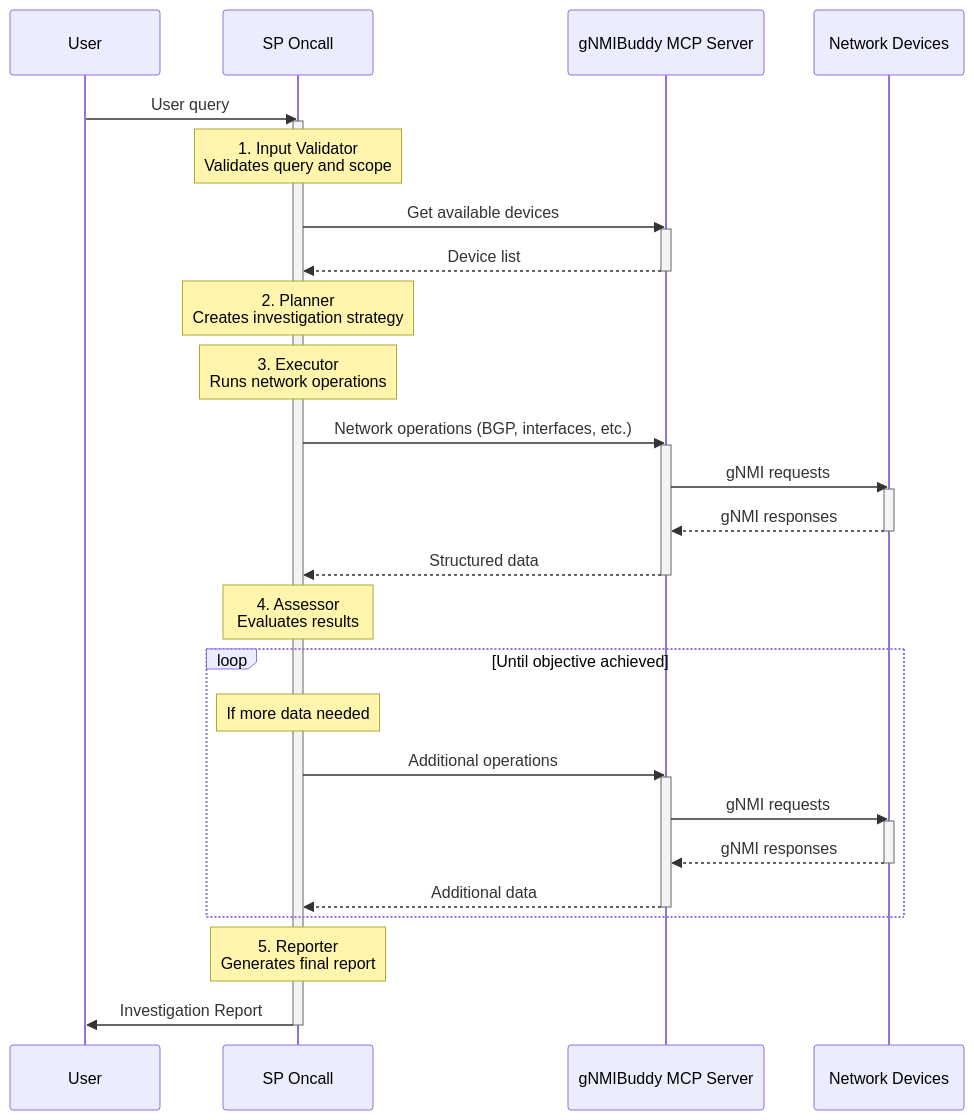
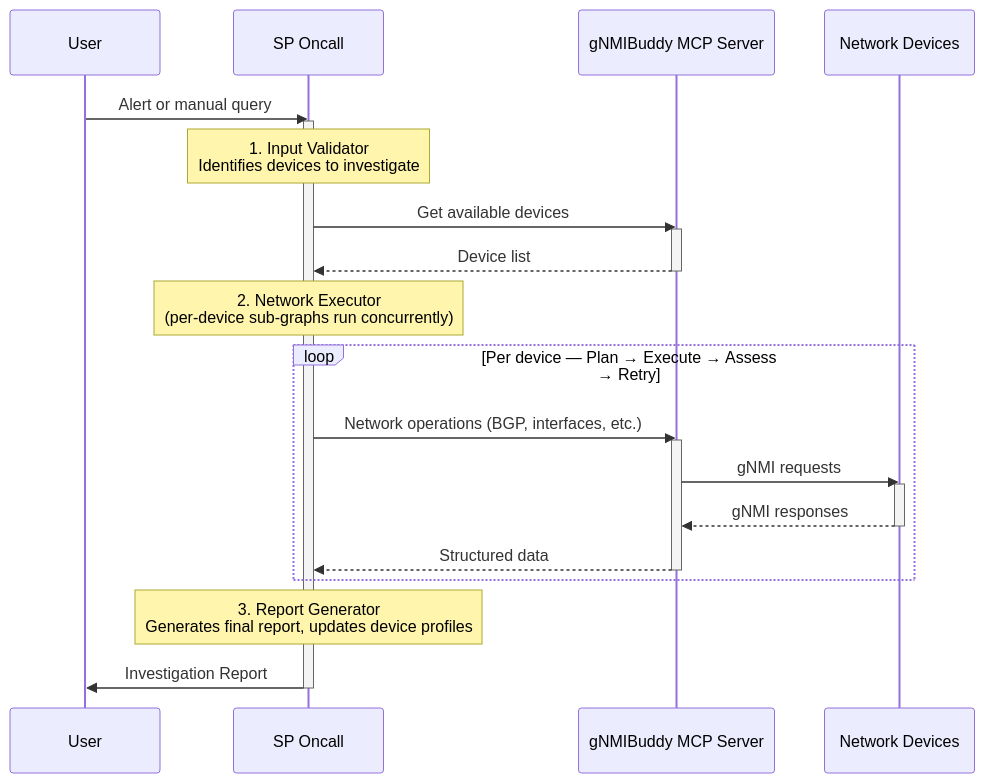
The diagram in README.md (jillesca/sp_oncall), drawn with Mermaid before and after one commit. The commit also changed other lines of this file and 1 other file, not shown here.

````diff
--- a/README.md
+++ b/README.md
@@ -27,46 +25,33 @@
 ```mermaid
 sequenceDiagram
     participant User
     participant SPOncall as SP Oncall
     participant MCP as gNMIBuddy MCP Server
     participant Devices as Network Devices
 
-    User->>SPOncall: User query
+    User->>SPOncall: Alert or manual query
     activate SPOncall
 
-    Note over SPOncall: 1. Input Validator<br/>Validates query and scope
+    Note over SPOncall: 1. Input Validator<br/>Identifies devices to investigate
     SPOncall->>MCP: Get available devices
     activate MCP
     MCP-->>SPOncall: Device list
     deactivate MCP
 
-    Note over SPOncall: 2. Planner<br/>Creates investigation strategy
+    Note over SPOncall: 2. Network Executor<br/>(per-device sub-graphs run concurrently)
 
-    Note over SPOncall: 3. Executor<br/>Runs network operations
-    SPOncall->>MCP: Network operations (BGP, interfaces, etc.)
-    activate MCP
-    MCP->>Devices: gNMI requests
-    activate Devices
-    Devices-->>MCP: gNMI responses
-    deactivate Devices
-    MCP-->>SPOncall: Structured data
-    deactivate MCP
-
-    Note over SPOncall: 4. Assessor<br/>Evaluates results
-
-    loop Until objective achieved
-        Note over SPOncall: If more data needed
-        SPOncall->>MCP: Additional operations
+    loop Per device — Plan → Execute → Assess → Retry
+        SPOncall->>MCP: Network operations (BGP, interfaces, etc.)
         activate MCP
         MCP->>Devices: gNMI requests
         activate Devices
         Devices-->>MCP: gNMI responses
         deactivate Devices
-        MCP-->>SPOncall: Additional data
+        MCP-->>SPOncall: Structured data
         deactivate MCP
     end
 
-    Note over SPOncall: 5. Reporter<br/>Generates final report
+    Note over SPOncall: 3. Report Generator<br/>Generates final report, updates device profiles
     SPOncall->>User: Investigation Report
     deactivate SPOncall
 ```
````
